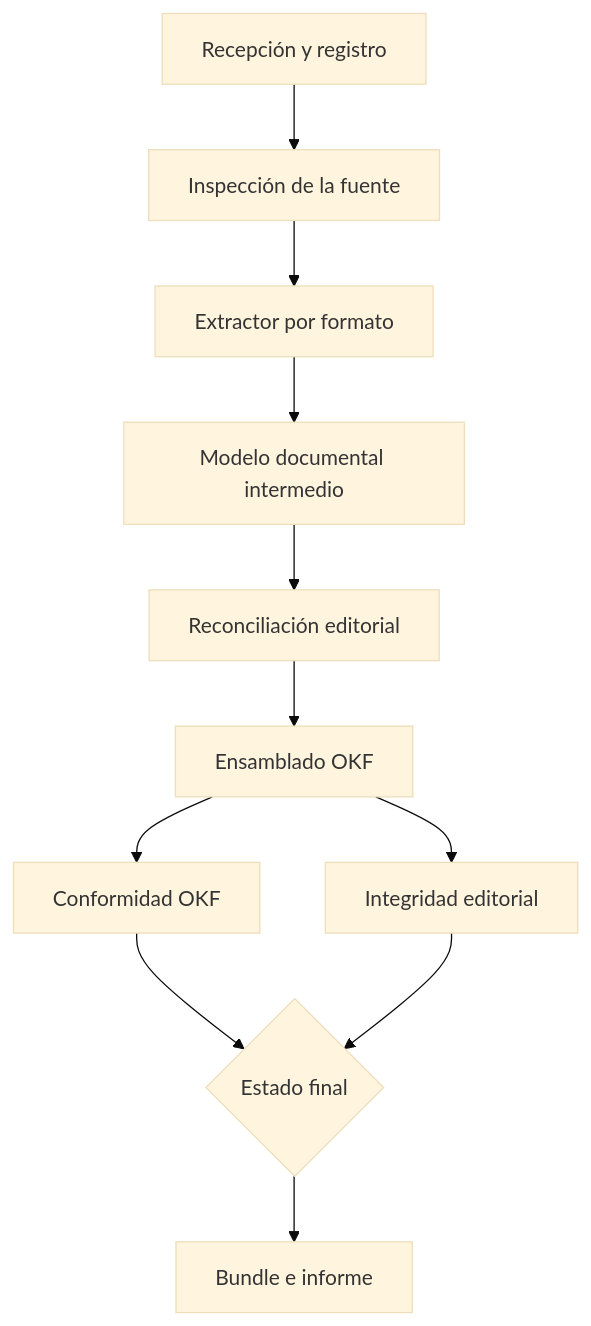
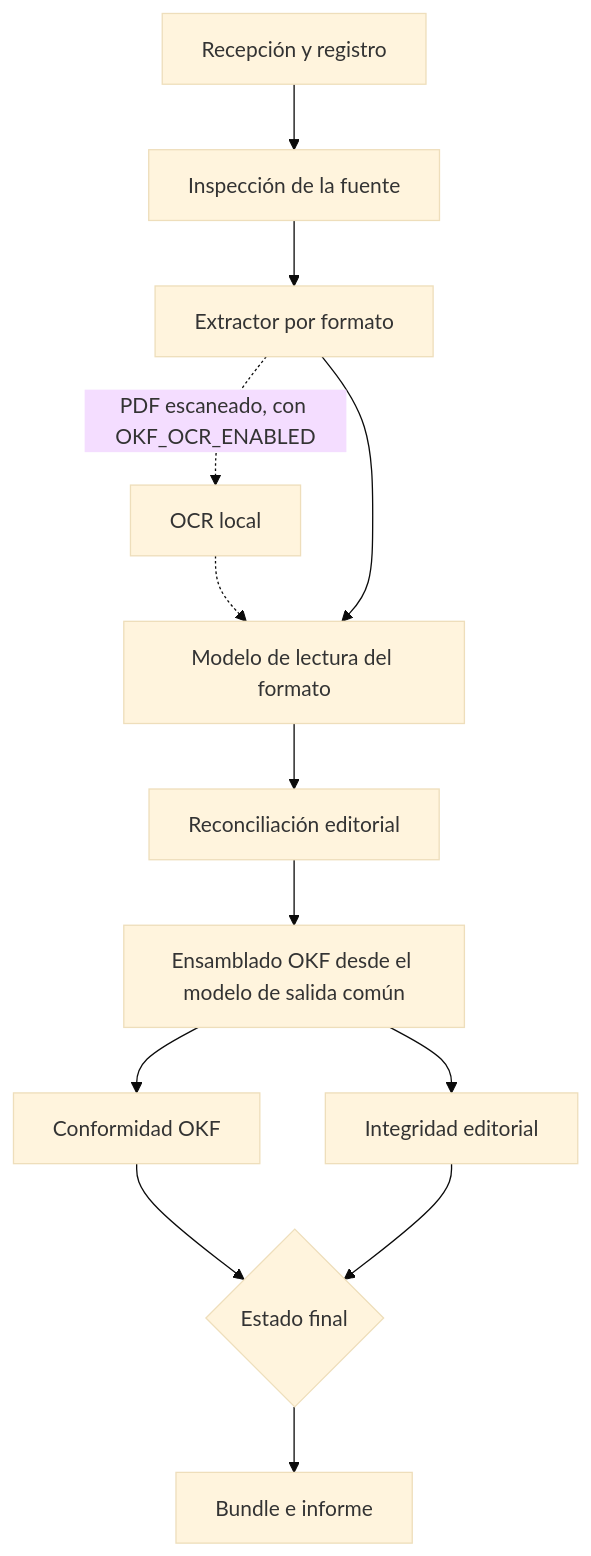
The diagram in docs/arquitectura/DIAGRAMA_MICROSERVICIO_OKF.md (jpadillaa/rs_okf_microservice), drawn with Mermaid (base theme) before and after one commit. The commit also changed other lines of this file and 8 other files, not shown here.

````diff
--- a/docs/arquitectura/DIAGRAMA_MICROSERVICIO_OKF.md
+++ b/docs/arquitectura/DIAGRAMA_MICROSERVICIO_OKF.md
@@ -3,13 +3,15 @@
 ```mermaid
 flowchart TD
     A["Recepción y registro"] --> B["Inspección de la fuente"]
     B --> C["Extractor por formato"]
-    C --> D["Modelo documental intermedio"]
+    C -. "PDF escaneado, con OKF_OCR_ENABLED" .-> O["OCR local"]
+    O -.-> D
+    C --> D["Modelo de lectura del formato"]
     D --> E["Reconciliación editorial"]
-    E --> F["Ensamblado OKF"]
+    E --> F["Ensamblado OKF desde el modelo de salida común"]
     F --> G["Conformidad OKF"]
     F --> H["Integridad editorial"]
     G --> I{"Estado final"}
     H --> I
     I --> J["Bundle e informe"]
 ```
````
